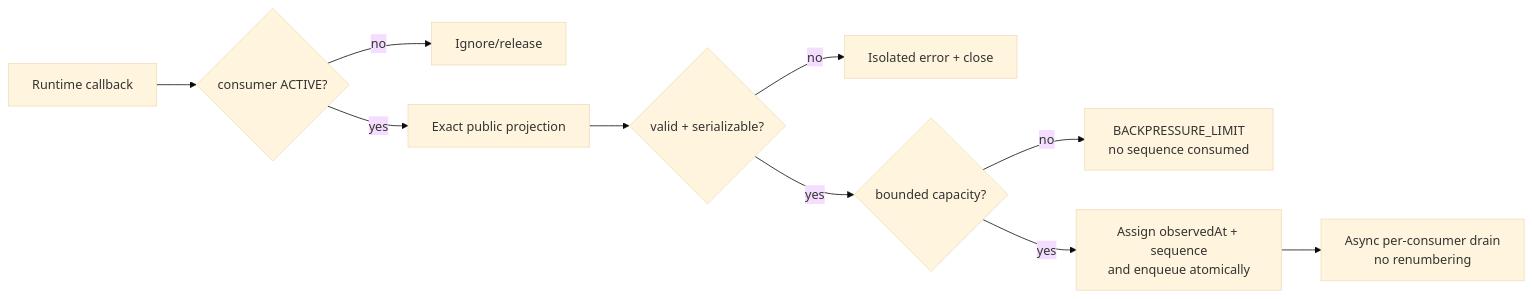
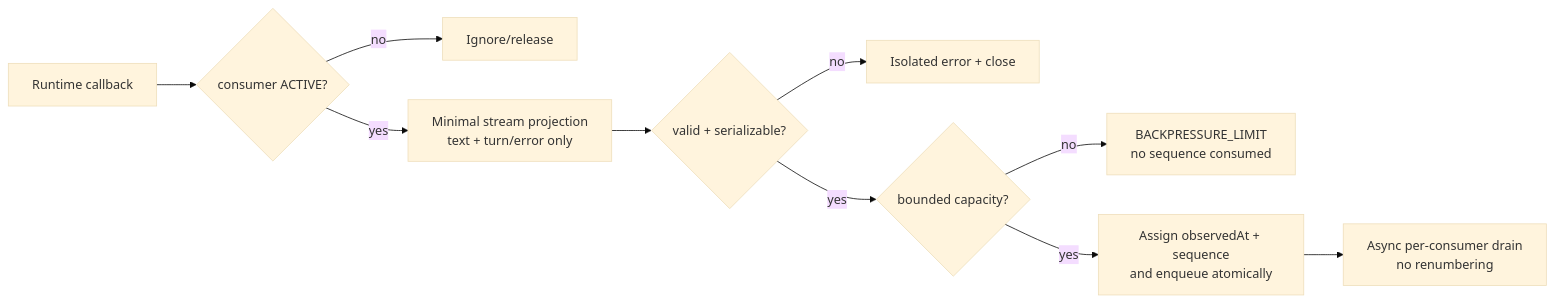
Before and after one commit to AutoByteus/autobyteus-workspace: diagram 17 of 23 in tickets/in-progress/application-agent-streaming/application-communication-boundaries.md, drawn with Mermaid (base theme). The commit also changed other lines of this file and 50 other files, not shown here.

````diff
--- a/tickets/in-progress/application-agent-streaming/application-communication-boundaries.md
+++ b/tickets/in-progress/application-agent-streaming/application-communication-boundaries.md
@@ -479,12 +497,12 @@
 ```mermaid
 flowchart LR
     EVENT["Runtime callback"] --> ACTIVE{"consumer ACTIVE?"}
     ACTIVE -->|no| IGNORE["Ignore/release"]
-    ACTIVE -->|yes| PROJECT["Exact public projection"]
+    ACTIVE -->|yes| PROJECT["Minimal stream projection\ntext + turn/error only"]
     PROJECT --> VALID{"valid + serializable?"}
     VALID -->|no| FAIL["Isolated error + close"]
     VALID -->|yes| CAP{"bounded capacity?"}
     CAP -->|no| OVER["BACKPRESSURE_LIMIT\nno sequence consumed"]
     CAP -->|yes| ACCEPT["Assign observedAt + sequence\nand enqueue atomically"]
     ACCEPT --> DRAIN["Async per-consumer drain\nno renumbering"]
 ```
````
